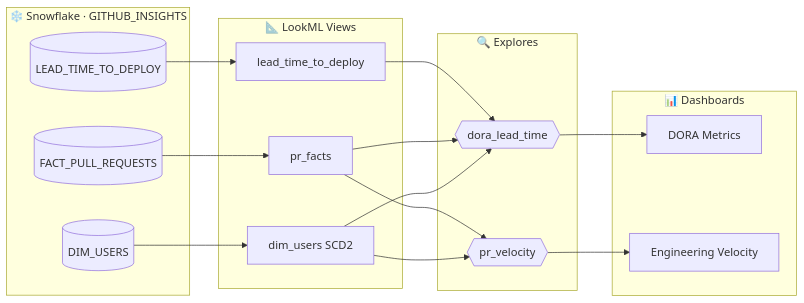
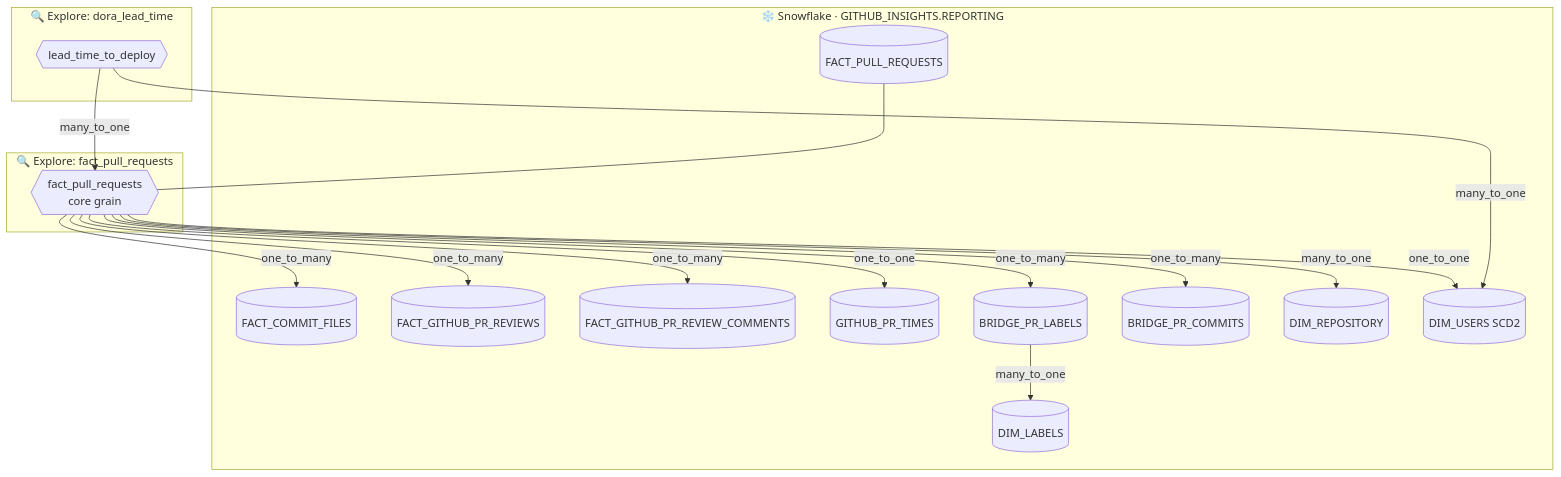
The first of 2 diagrams in README.md (ohderek/business-intelligence-portfolio), drawn with Mermaid before and after one commit. The commit also changed other lines of this file and 13 other files, not shown here.

First line of the commit message:
Expand LookML to full GitHub Insights model + fix README header

````diff
--- a/README.md
+++ b/README.md
@@ -25,35 +27,36 @@
 ```mermaid
-flowchart LR
-    subgraph SF["❄️  Snowflake · GITHUB_INSIGHTS"]
+flowchart TD
+    subgraph SF["❄️  Snowflake · GITHUB_INSIGHTS.REPORTING"]
         T1[(FACT_PULL_REQUESTS)]
-        T2[(LEAD_TIME_TO_DEPLOY)]
-        T3[(DIM_USERS)]
+        T2[(FACT_COMMIT_FILES)]
+        T3[(FACT_GITHUB_PR_REVIEWS)]
+        T4[(FACT_GITHUB_PR_REVIEW_COMMENTS)]
+        T5[(GITHUB_PR_TIMES)]
+        T6[(BRIDGE_PR_LABELS)]
+        T7[(BRIDGE_PR_COMMITS)]
+        T8[(DIM_REPOSITORY)]
+        T9[(DIM_USERS SCD2)]
+        T10[(DIM_LABELS)]
     end
 
-    subgraph V["📐  LookML Views"]
-        V1[pr_facts]
-        V2[lead_time_to_deploy]
-        V3[dim_users SCD2]
+    subgraph EXP["🔍  Explore: fact_pull_requests"]
+        E1{{fact_pull_requests\ncore grain}}
+        E1 -->|one_to_many| T2
+        E1 -->|one_to_many| T3
+        E1 -->|one_to_many| T4
+        E1 -->|one_to_one| T5
+        E1 -->|many_to_one| T8
+        E1 -->|one_to_one| T9
+        E1 -->|one_to_many| T6
+        T6 -->|many_to_one| T10
+        E1 -->|one_to_many| T7
     end
 
-    subgraph E["🔍  Explores"]
-        E1{{pr_velocity}}
-        E2{{dora_lead_time}}
+    subgraph DORA["🔍  Explore: dora_lead_time"]
+        E2{{lead_time_to_deploy}}
+        E2 -->|many_to_one| E1
+        E2 -->|many_to_one| T9
     end
 
-    subgraph D["📊  Dashboards"]
-        D1[DORA Metrics]
-        D2[Engineering Velocity]
-    end
-
-    T1 --> V1
-    T2 --> V2
-    T3 --> V3
-    V1 --> E1
-    V3 --> E1
-    V2 --> E2
-    V1 --> E2
-    V3 --> E2
-    E1 --> D2
-    E2 --> D1
+    T1 --- E1
 ```
````
